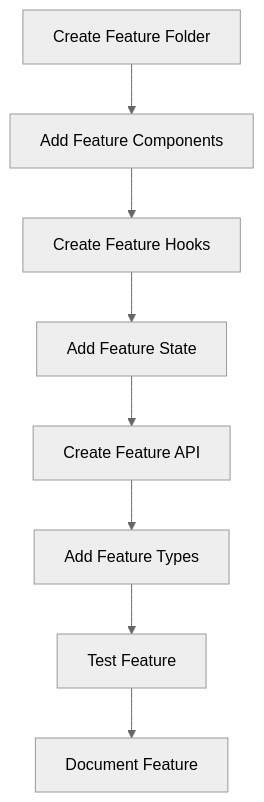
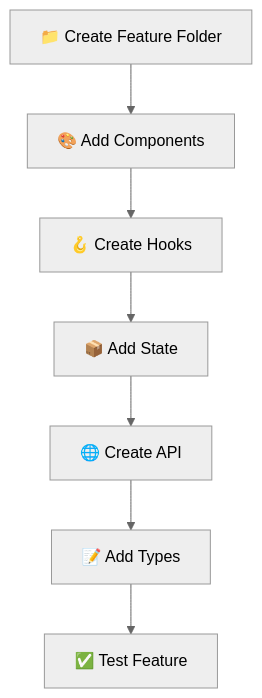
Before and after one commit to sep490-drivemate-system/webapp: the ninth of 17 diagrams in README.md, drawn with Mermaid (neutral theme). The commit also changed other lines of this file and 1 other file, not shown here.

````diff
--- a/README.md
+++ b/README.md
@@ -397,10 +228,9 @@
 ```mermaid
 graph TD
-    A[Create Feature Folder] --> B[Add Feature Components]
-    B --> C[Create Feature Hooks]
-    C --> D[Add Feature State]
-    D --> E[Create Feature API]
-    E --> F[Add Feature Types]
-    F --> G[Test Feature]
-    G --> H[Document Feature]
+    A[📁 Create Feature Folder] --> B[🎨 Add Components]
+    B --> C[🪝 Create Hooks]
+    C --> D[📦 Add State]
+    D --> E[🌐 Create API]
+    E --> F[📝 Add Types]
+    F --> G[✅ Test Feature]
 ```
````
